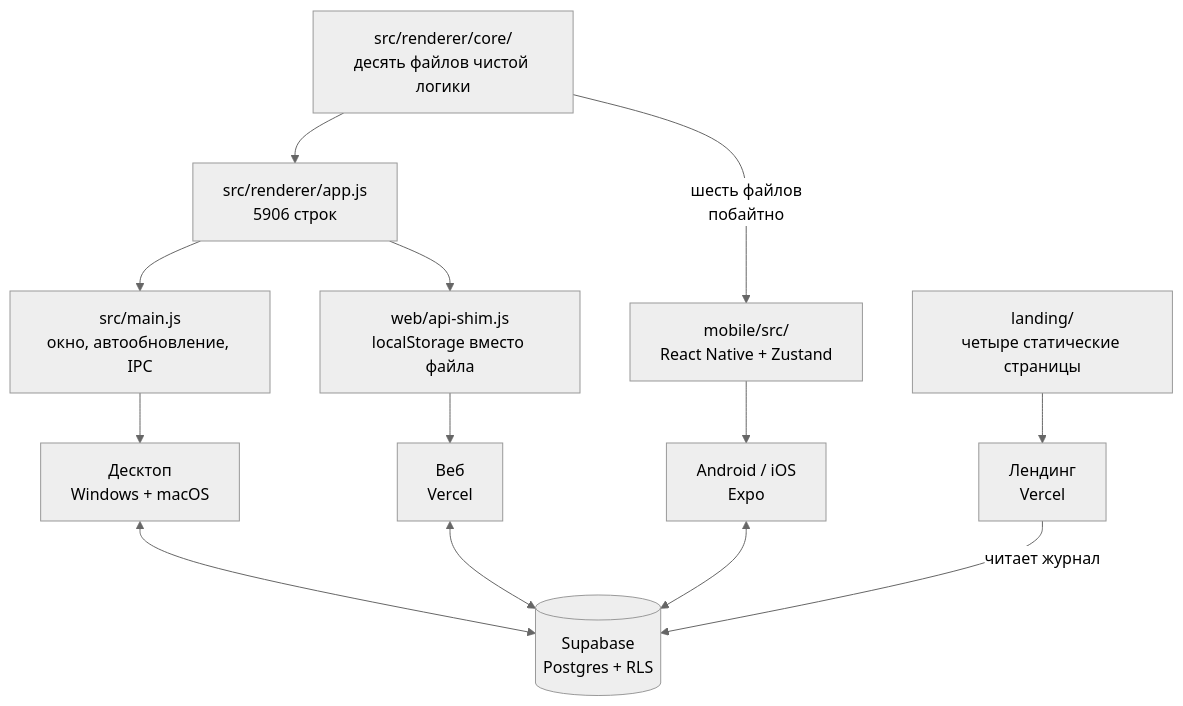
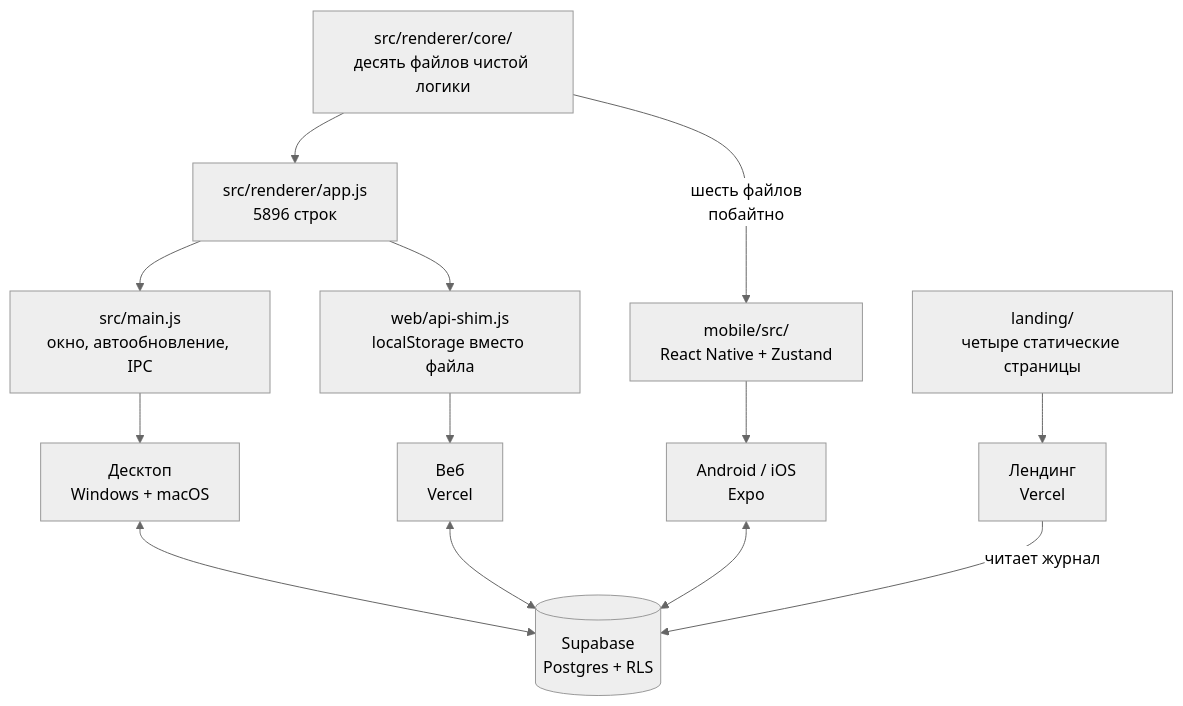
The first of 2 diagrams in ARCHITECTURE.md (lancibleofficial/Lancible), drawn with Mermaid (neutral theme) before and after one commit. The commit also changed other lines of this file and 7 other files, not shown here.

````diff
--- a/ARCHITECTURE.md
+++ b/ARCHITECTURE.md
@@ -18,25 +18,25 @@
 ```mermaid
 graph TD
     CORE["src/renderer/core/<br/>десять файлов чистой логики"]
 
-    APP["src/renderer/app.js<br/>5906 строк"]
+    APP["src/renderer/app.js<br/>5896 строк"]
     MAIN["src/main.js<br/>окно, автообновление, IPC"]
     SHIM["web/api-shim.js<br/>localStorage вместо файла"]
     MOB["mobile/src/<br/>React Native + Zustand"]
     LAND["landing/<br/>четыре статические страницы"]
 
     CORE --> APP
     CORE -->|"шесть файлов<br/>побайтно"| MOB
     APP --> MAIN
     APP --> SHIM
     MAIN --> DESK["Десктоп<br/>Windows + macOS"]
     SHIM --> WEB["Веб<br/>Vercel"]
     MOB --> ANDROID["Android / iOS<br/>Expo"]
     LAND --> SITE["Лендинг<br/>Vercel"]
 
     SB[("Supabase<br/>Postgres + RLS")]
     DESK <--> SB
     WEB <--> SB
     ANDROID <--> SB
     SITE -->|"читает журнал"| SB
 ```
````
